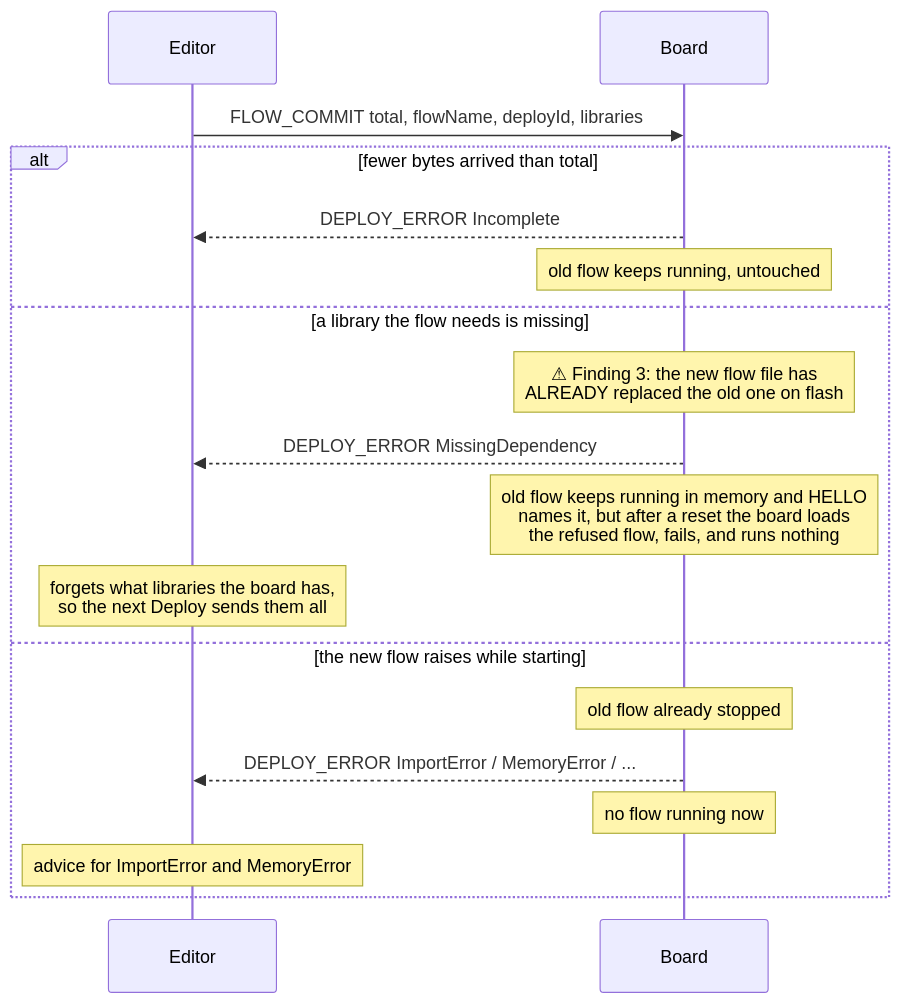
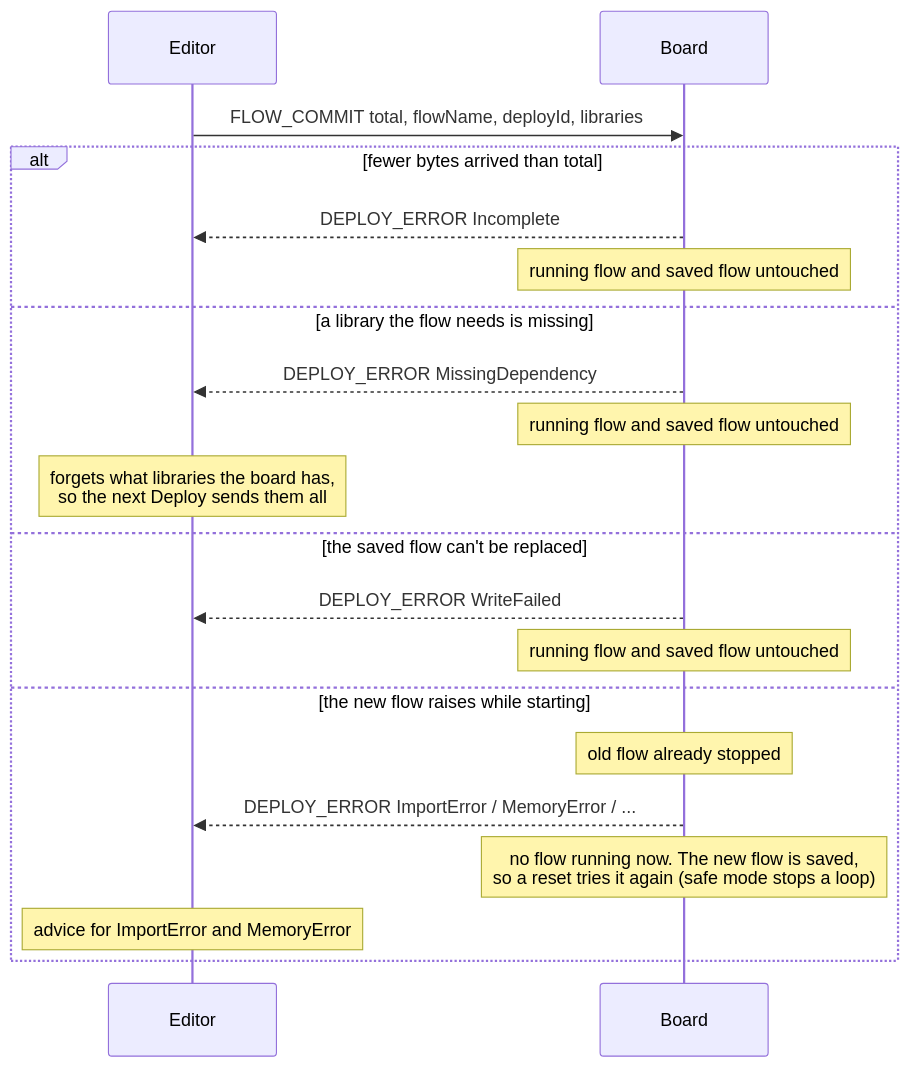
Before and after one commit to mkarliner/ThingStudio: the sixth of 11 diagrams in interfaces/protocol/SEQUENCES.md, drawn with Mermaid. The commit also changed other lines of this file and 8 other files, not shown here.

First line of the commit message:
docs: protocol diagrams, coverage, decisions and follow-up review for SPEC §7

````diff
--- a/interfaces/protocol/SEQUENCES.md
+++ b/interfaces/protocol/SEQUENCES.md
@@ -168,20 +199,22 @@
 ```mermaid
 sequenceDiagram
     participant E as Editor
     participant B as Board
     E->>B: FLOW_COMMIT total, flowName, deployId, libraries
     alt fewer bytes arrived than total
         B-->>E: DEPLOY_ERROR Incomplete
-        Note over B: old flow keeps running, untouched
+        Note over B: running flow and saved flow untouched
     else a library the flow needs is missing
-        Note over B: ⚠ Finding 3: the new flow file has<br/>ALREADY replaced the old one on flash
         B-->>E: DEPLOY_ERROR MissingDependency
-        Note over B: old flow keeps running in memory and HELLO<br/>names it, but after a reset the board loads<br/>the refused flow, fails, and runs nothing
+        Note over B: running flow and saved flow untouched
         Note over E: forgets what libraries the board has,<br/>so the next Deploy sends them all
+    else the saved flow can't be replaced
+        B-->>E: DEPLOY_ERROR WriteFailed
+        Note over B: running flow and saved flow untouched
     else the new flow raises while starting
         Note over B: old flow already stopped
         B-->>E: DEPLOY_ERROR ImportError / MemoryError / ...
-        Note over B: no flow running now
+        Note over B: no flow running now. The new flow is saved,<br/>so a reset tries it again (safe mode stops a loop)
         Note over E: advice for ImportError and MemoryError
     end
 ```
````
